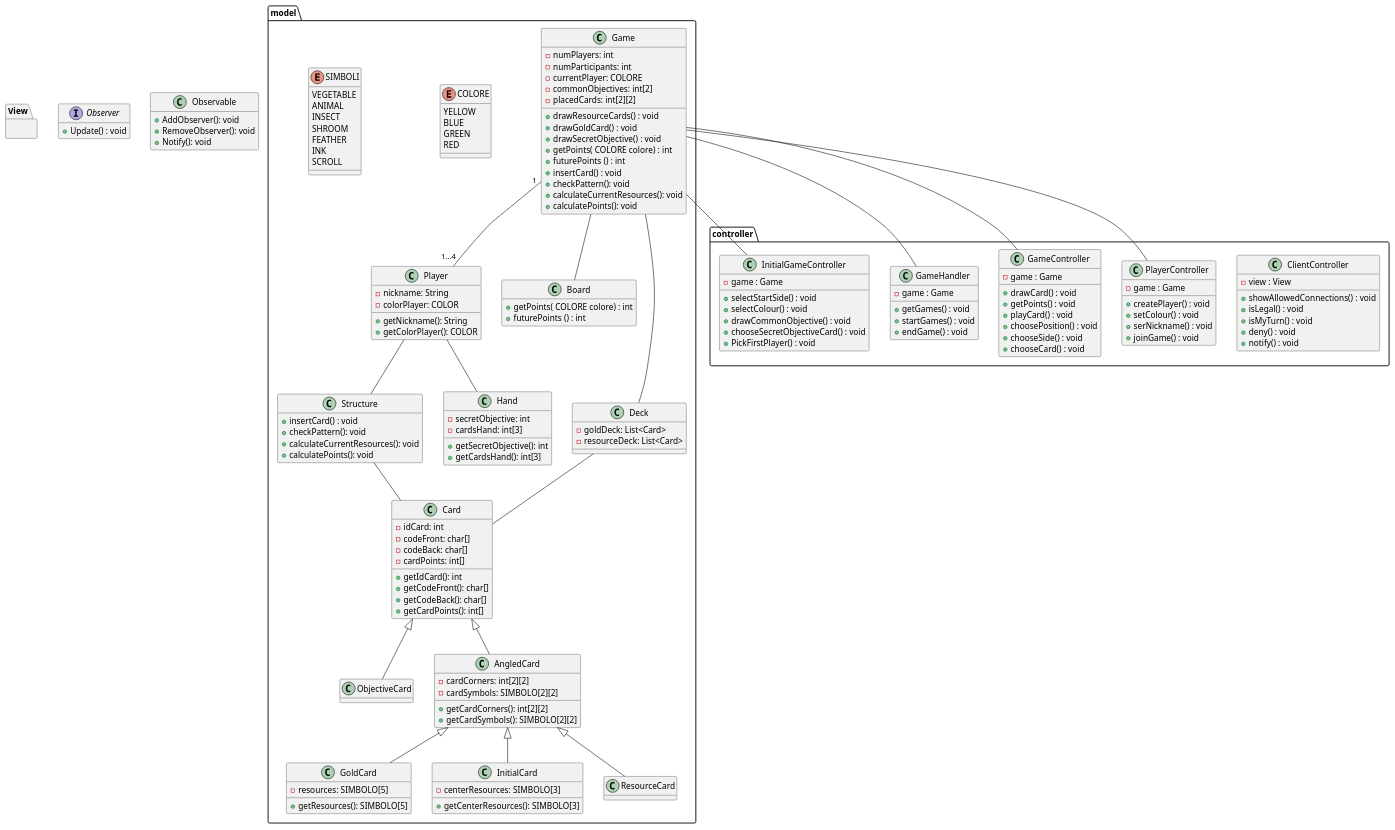
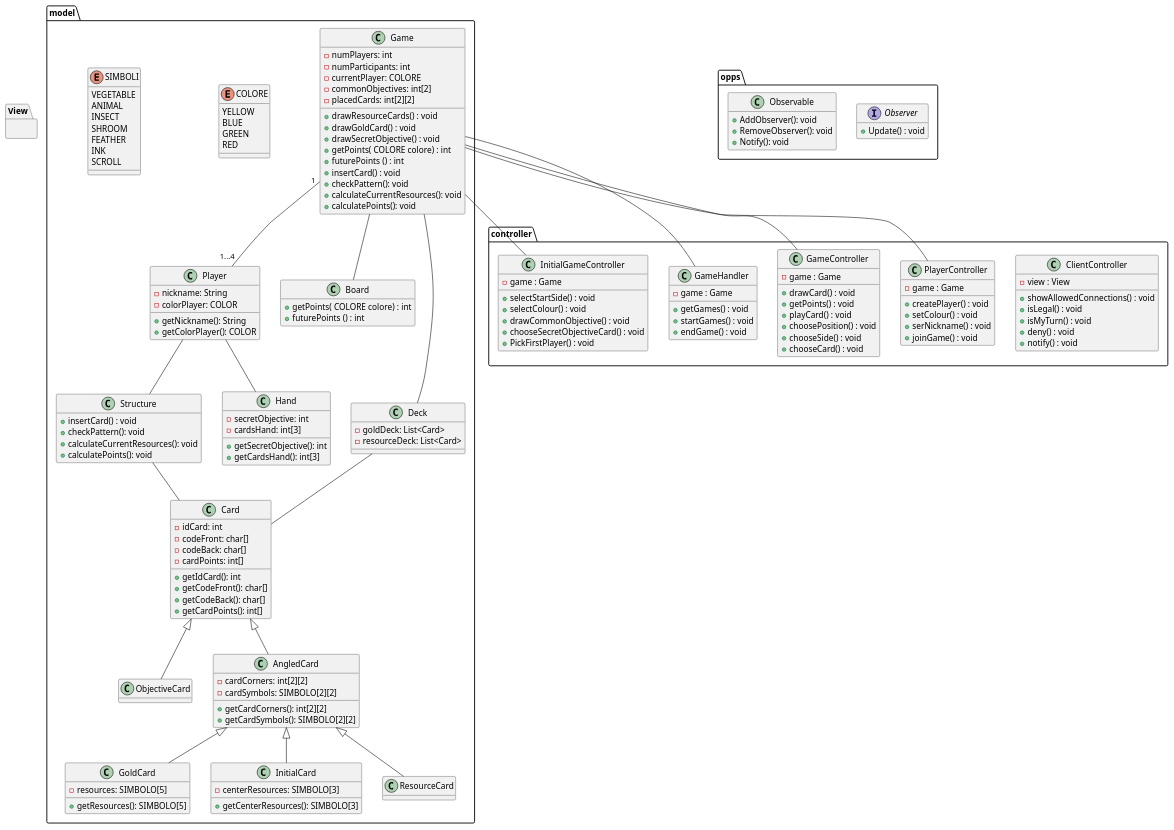
The diagram in UML/uml.pu (LucaPozzato/ing-sw-2024-pozzato-puccia-romano-saso), drawn with PlantUML before and after one commit.

Commit message:
UML: moved observer/observable in package opps

```diff
--- a/UML/uml.pu
+++ b/UML/uml.pu
@@ -188,14 +188,18 @@
 
 }
 
-Interface Observer {
-    + Update() : void
-}
+Package opps {
 
-Class Observable {
-    + AddObserver(): void
-    + RemoveObserver(): void
-    + Notify(): void
+    Interface Observer {
+        + Update() : void
+    }
+
+    Class Observable {
+        + AddObserver(): void
+        + RemoveObserver(): void
+        + Notify(): void
+    }
+
 }
 
 Game -- InitialGameController
```
